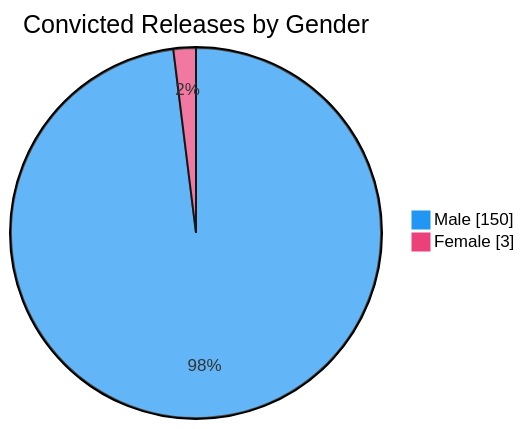
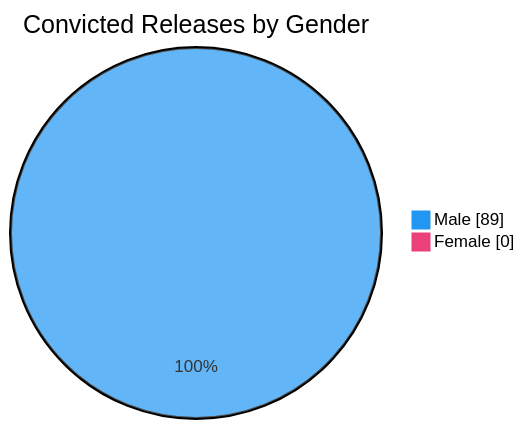
Before and after one commit to nuuuwan/lk_prisons: the sixth of 7 diagrams in README.md, drawn with Mermaid. The commit also changed other lines of this file and 1 other file, not shown here.

````diff
--- a/README.md
+++ b/README.md
@@ -98,6 +98,6 @@
 ```mermaid
 %%{init: {'themeVariables': {'pie1': '#2196F3', 'pie2': '#EC407A'}}}%%
 pie showData title Convicted Releases by Gender
-    "Male" : 150
-    "Female" : 3
+    "Male" : 89
+    "Female" : 0
 ```
````
